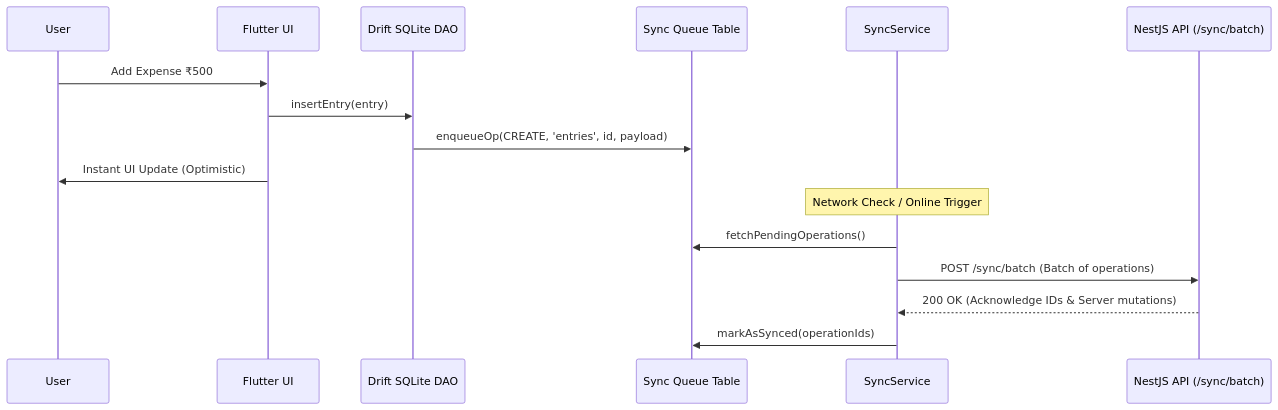
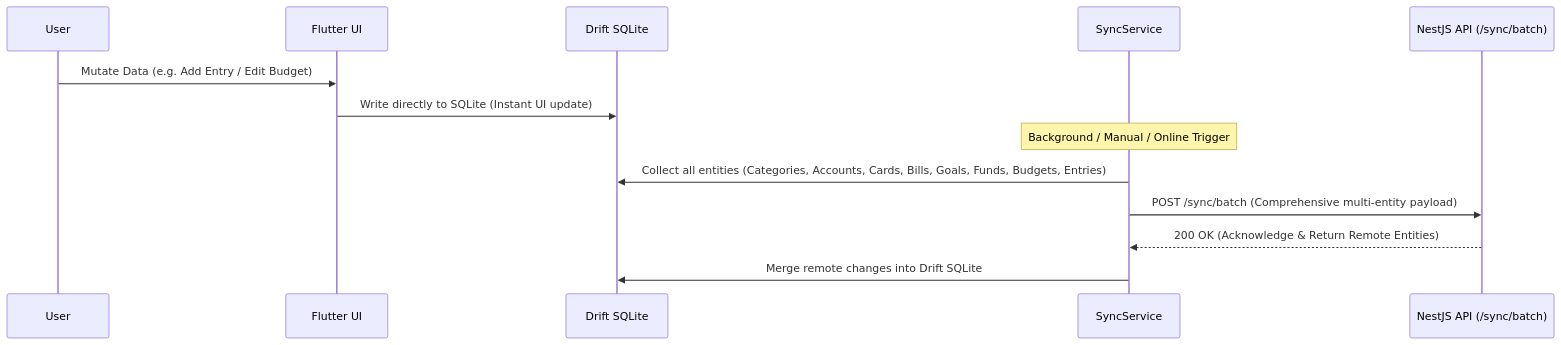
Before and after one commit to caldim-dev142/Budget_tracker_latest: the diagram in docs/FRONTEND_ARCHITECTURE.md, drawn with Mermaid. The commit also changed other lines of this file and 30 other files, not shown here.

````diff
--- a/docs/FRONTEND_ARCHITECTURE.md
+++ b/docs/FRONTEND_ARCHITECTURE.md
@@ -86,20 +89,17 @@
 ```mermaid
 sequenceDiagram
     participant User as User
     participant UI as Flutter UI
-    participant DAO as Drift SQLite DAO
-    participant Queue as Sync Queue Table
+    participant DAO as Drift SQLite
     participant Sync as SyncService
     participant Backend as NestJS API (/sync/batch)
 
-    User->>UI: Add Expense ₹500
-    UI->>DAO: insertEntry(entry)
-    DAO->>Queue: enqueueOp(CREATE, 'entries', id, payload)
-    UI->>User: Instant UI Update (Optimistic)
+    User->>UI: Mutate Data (e.g. Add Entry / Edit Budget)
+    UI->>DAO: Write directly to SQLite (Instant UI update)
     
-    Note over Sync: Network Check / Online Trigger
-    Sync->>Queue: fetchPendingOperations()
-    Sync->>Backend: POST /sync/batch (Batch of operations)
-    Backend-->>Sync: 200 OK (Acknowledge IDs & Server mutations)
-    Sync->>Queue: markAsSynced(operationIds)
+    Note over Sync: Background / Manual / Online Trigger
+    Sync->>DAO: Collect all entities (Categories, Accounts, Cards, Bills, Goals, Funds, Budgets, Entries)
+    Sync->>Backend: POST /sync/batch (Comprehensive multi-entity payload)
+    Backend-->>Sync: 200 OK (Acknowledge & Return Remote Entities)
+    Sync->>DAO: Merge remote changes into Drift SQLite
 ```
````
